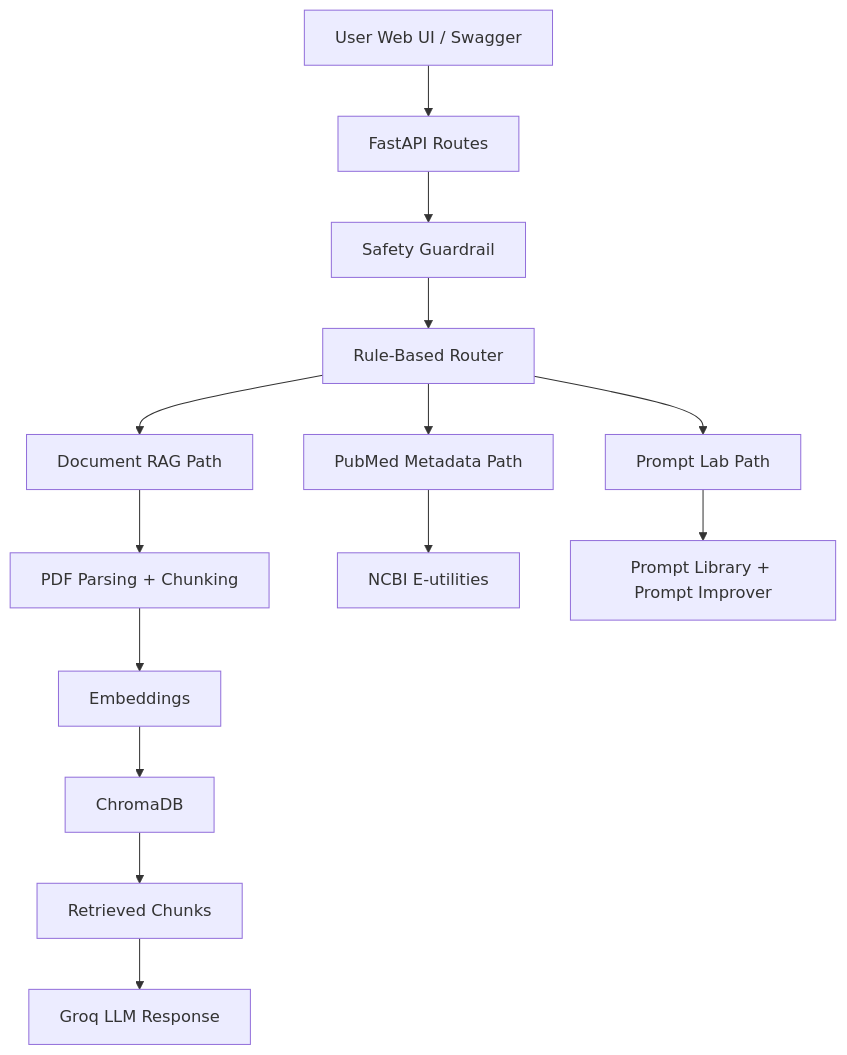
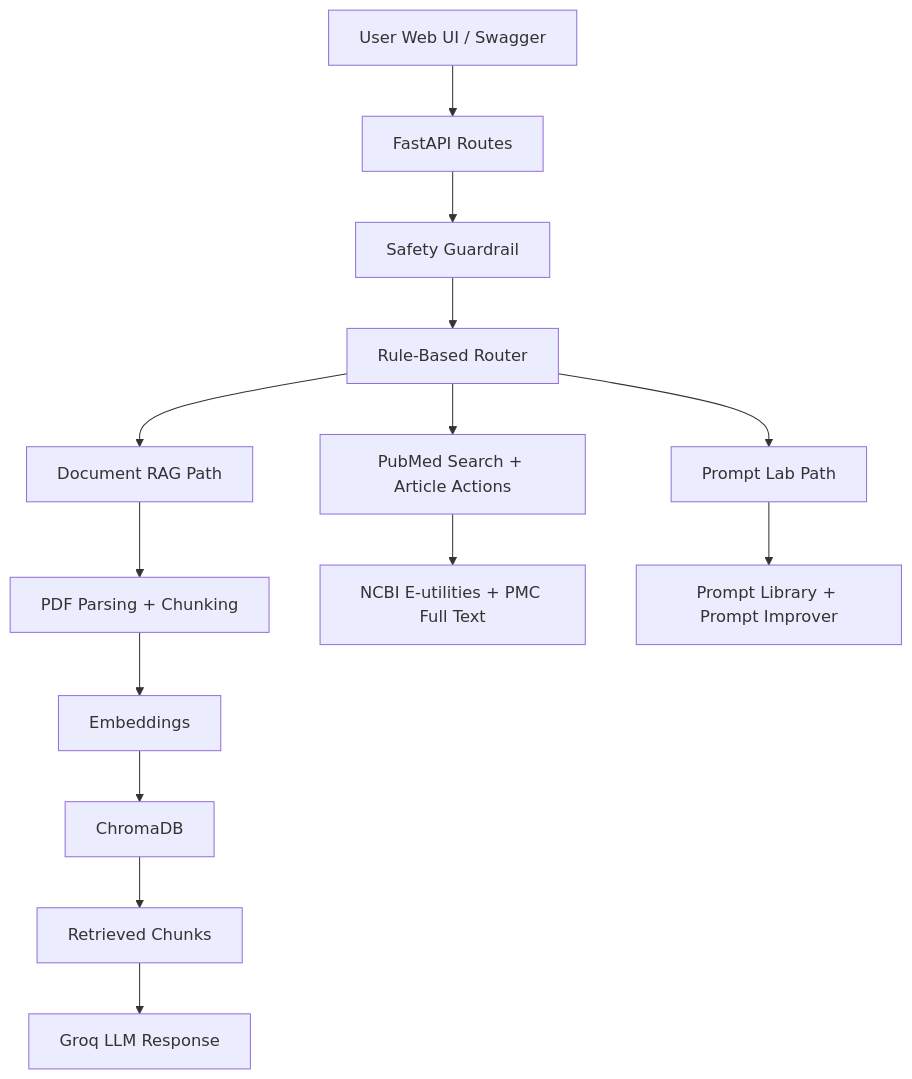
One commit to ahmedMnakbi/MedAgentic-RAG-Assistant changed the diagram in README.md. Above: the diagram before and after it, drawn with Mermaid. The commit also changed other lines of this file and 18 other files, not shown here.

Commit message:
Add v1.2 PubMed article actions and PMC full text

````diff
--- a/README.md
+++ b/README.md
@@ -52,16 +58,16 @@
 ```mermaid
 flowchart TD
     A["User Web UI / Swagger"] --> B["FastAPI Routes"]
     B --> C["Safety Guardrail"]
     C --> D["Rule-Based Router"]
     D --> E["Document RAG Path"]
-    D --> F["PubMed Metadata Path"]
+    D --> F["PubMed Search + Article Actions"]
     D --> G["Prompt Lab Path"]
     E --> H["PDF Parsing + Chunking"]
     H --> I["Embeddings"]
     I --> J["ChromaDB"]
     J --> K["Retrieved Chunks"]
     K --> L["Groq LLM Response"]
-    F --> M["NCBI E-utilities"]
+    F --> M["NCBI E-utilities + PMC Full Text"]
     G --> N["Prompt Library + Prompt Improver"]
 ```
````
